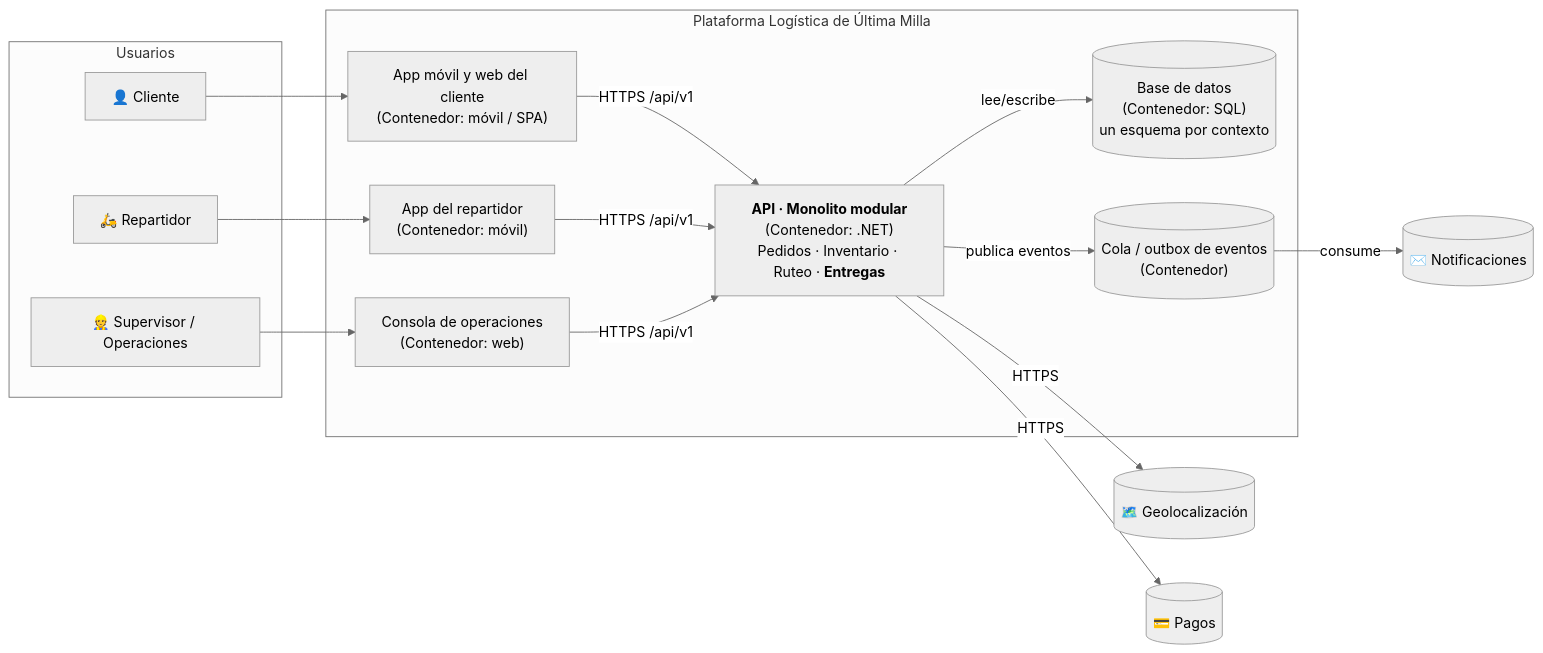
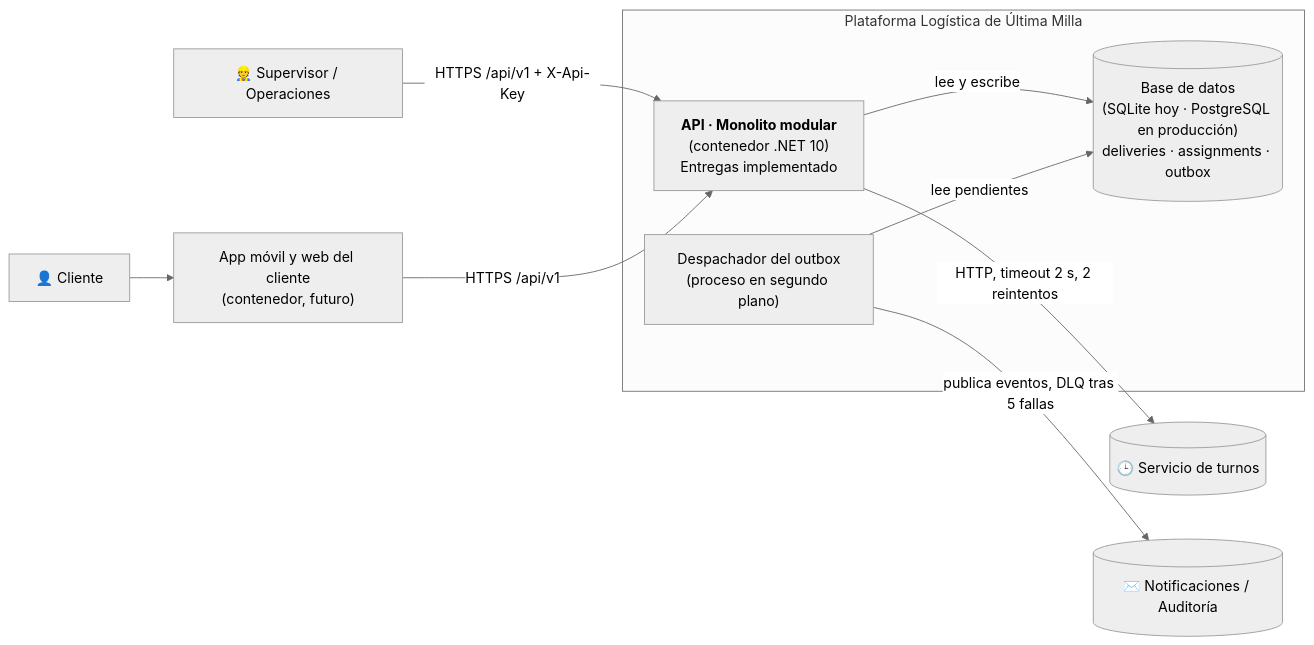
The second of 3 diagrams in ARCHITECTURE.md (Alejatorres23/plataforma-logistica-arquitectura), drawn with Mermaid (neutral theme) before and after one commit. The commit also changed other lines of this file and 3 other files, not shown here.

Commit message:
docs: expediente actualizado con la actividad 4 (README, ARCHITECTURE y cifras de pruebas)

````diff
--- a/ARCHITECTURE.md
+++ b/ARCHITECTURE.md
@@ -40,24 +47,14 @@
 ```mermaid
 flowchart LR
-    subgraph USR["Usuarios"]
-        C["👤 Cliente"]
-        R["🛵 Repartidor"]
-        SV["👷 Supervisor / Operaciones"]
+    SV["👷 Supervisor / Operaciones"] -->|"HTTPS /api/v1 + X-Api-Key"| API
+    C["👤 Cliente"] --> APPC["App móvil y web del cliente<br/>(contenedor, futuro)"] -->|"HTTPS /api/v1"| API
+    subgraph PL["Plataforma Logística de Última Milla"]
+        API["<b>API · Monolito modular</b><br/>(contenedor .NET 10)<br/>Entregas implementado"]
+        DB[("Base de datos<br/>(SQLite hoy · PostgreSQL en producción)<br/>deliveries · assignments · outbox")]
+        DISP["Despachador del outbox<br/>(proceso en segundo plano)"]
     end
-    subgraph PL["Plataforma Logística de Última Milla"]
-        APPC["App móvil y web del cliente<br/>(Contenedor: móvil / SPA)"]
-        APPR["App del repartidor<br/>(Contenedor: móvil)"]
-        WEB["Consola de operaciones<br/>(Contenedor: web)"]
-        API["<b>API · Monolito modular</b><br/>(Contenedor: .NET)<br/>Pedidos · Inventario · Ruteo · <b>Entregas</b>"]
-        DB[("Base de datos<br/>(Contenedor: SQL)<br/>un esquema por contexto")]
-        Q[("Cola / outbox de eventos<br/>(Contenedor)")]
-    end
-    C --> APPC -->|"HTTPS /api/v1"| API
-    R --> APPR -->|"HTTPS /api/v1"| API
-    SV --> WEB -->|"HTTPS /api/v1"| API
-    API -->|"lee/escribe"| DB
-    API -->|"publica eventos"| Q
-    API -->|"HTTPS"| GEO[("🗺️ Geolocalización")]
-    API -->|"HTTPS"| PAG[("💳 Pagos")]
-    Q -->|"consume"| NOT[("✉️ Notificaciones")]
+    API -->|"lee y escribe"| DB
+    DISP -->|"lee pendientes"| DB
+    API -->|"HTTP, timeout 2 s, 2 reintentos"| TUR[("🕒 Servicio de turnos")]
+    DISP -->|"publica eventos, DLQ tras 5 fallas"| NOT[("✉️ Notificaciones / Auditoría")]
 ```
````
